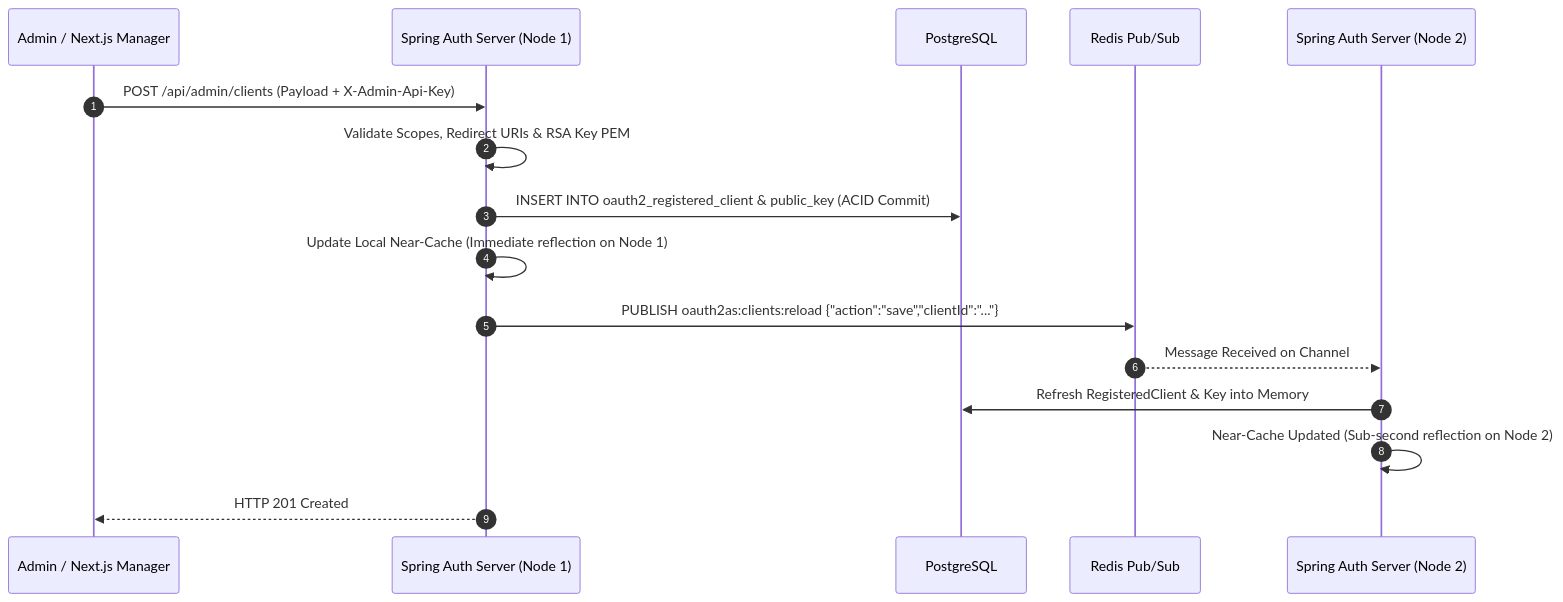
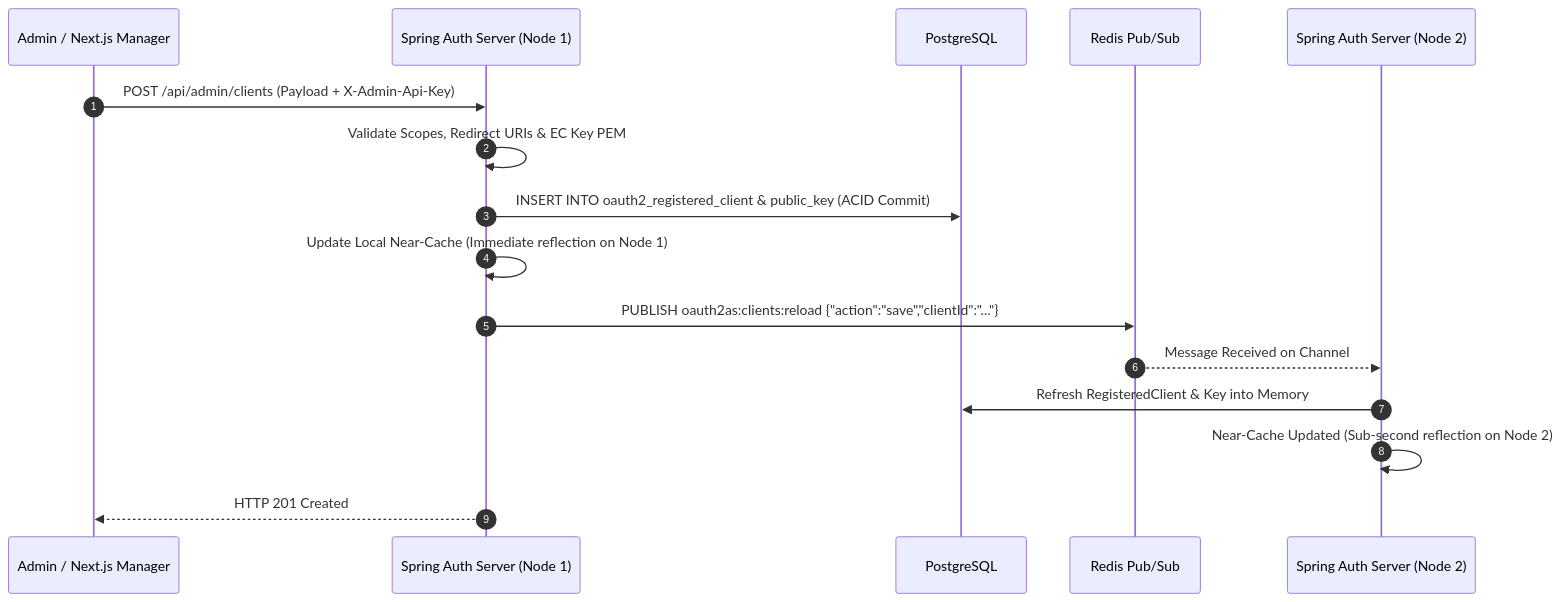
Before and after one commit to shoeyn/oauth-server: the third of 3 diagrams in docs/architecture/postgres_persistence_and_performance.md, drawn with Mermaid. The commit also changed other lines of this file and 16 other files, not shown here.

````diff
--- a/docs/architecture/postgres_persistence_and_performance.md
+++ b/docs/architecture/postgres_persistence_and_performance.md
@@ -118,19 +118,19 @@
 ```mermaid
 sequenceDiagram
     autonumber
     participant Admin as Admin / Next.js Manager
     participant Java as Spring Auth Server (Node 1)
     participant PG as PostgreSQL
     participant Redis as Redis Pub/Sub
     participant Node2 as Spring Auth Server (Node 2)
 
     Admin->>Java: POST /api/admin/clients (Payload + X-Admin-Api-Key)
-    Java->>Java: Validate Scopes, Redirect URIs & RSA Key PEM
+    Java->>Java: Validate Scopes, Redirect URIs & EC Key PEM
     Java->>PG: INSERT INTO oauth2_registered_client & public_key (ACID Commit)
     Java->>Java: Update Local Near-Cache (Immediate reflection on Node 1)
     Java->>Redis: PUBLISH oauth2as:clients:reload {"action":"save","clientId":"..."}
     Redis-->>Node2: Message Received on Channel
     Node2->>PG: Refresh RegisteredClient & Key into Memory
     Node2->>Node2: Near-Cache Updated (Sub-second reflection on Node 2)
     Java-->>Admin: HTTP 201 Created
 ```
````
